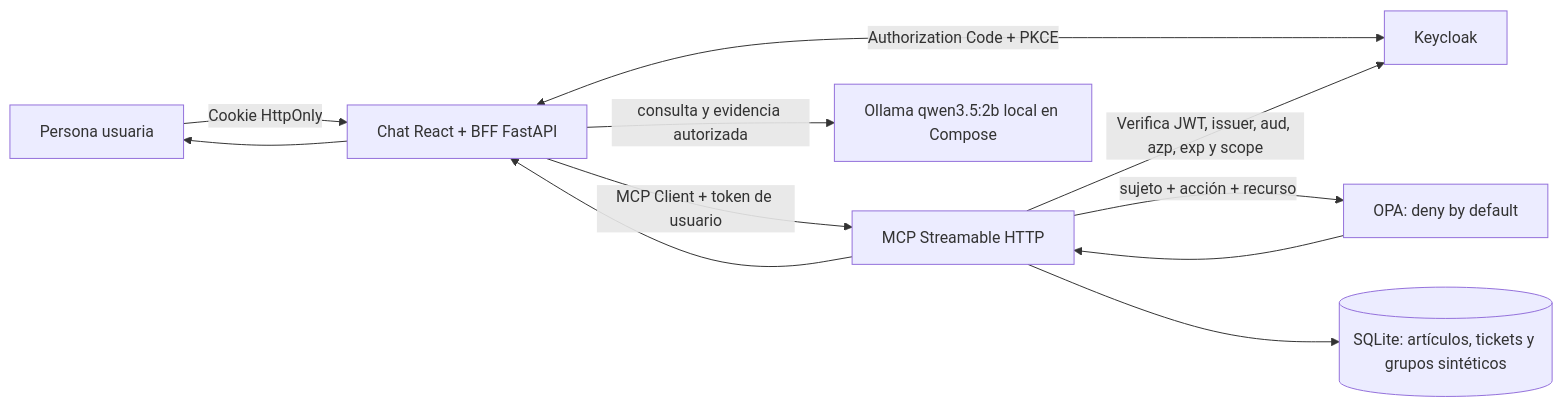
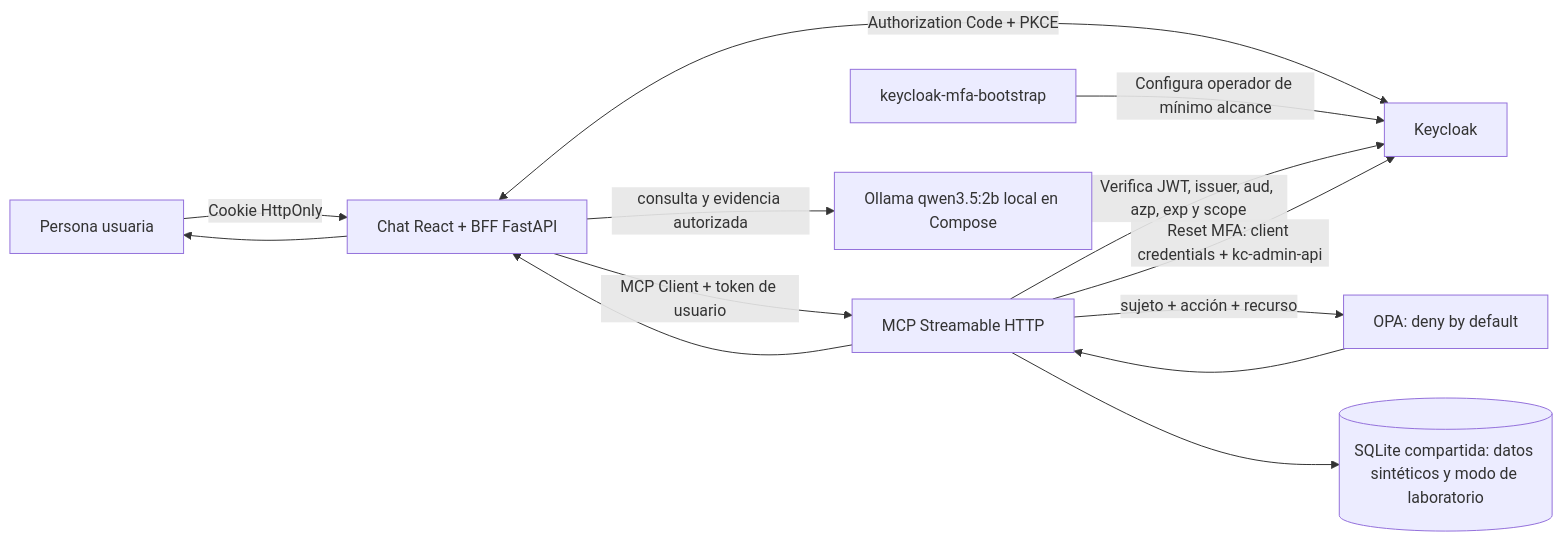
The diagram in README.md (duiliomamani/tpi-seg-infra), drawn with Mermaid before and after one commit. The commit also changed other lines of this file and 21 other files, not shown here.

````diff
--- a/README.md
+++ b/README.md
@@ -106,11 +135,13 @@
 ```mermaid
 flowchart LR
   U[Persona usuaria] -->|Cookie HttpOnly| B[Chat React + BFF FastAPI]
   B <-->|Authorization Code + PKCE| K[Keycloak]
+  I[keycloak-mfa-bootstrap] -->|Configura operador de mínimo alcance| K
   B -->|MCP Client + token de usuario| M[MCP Streamable HTTP]
   M -->|Verifica JWT, issuer, aud, azp, exp y scope| K
+  M -->|Reset MFA: client credentials + kc-admin-api| K
   M -->|sujeto + acción + recurso| O[OPA: deny by default]
-  M --> D[(SQLite: artículos, tickets y grupos sintéticos)]
+  M --> D[(SQLite compartida: datos sintéticos y modo de laboratorio)]
   O --> M --> B --> U
   B -->|consulta y evidencia autorizada| L[Ollama qwen3.5:2b local en Compose]
 ```
````
